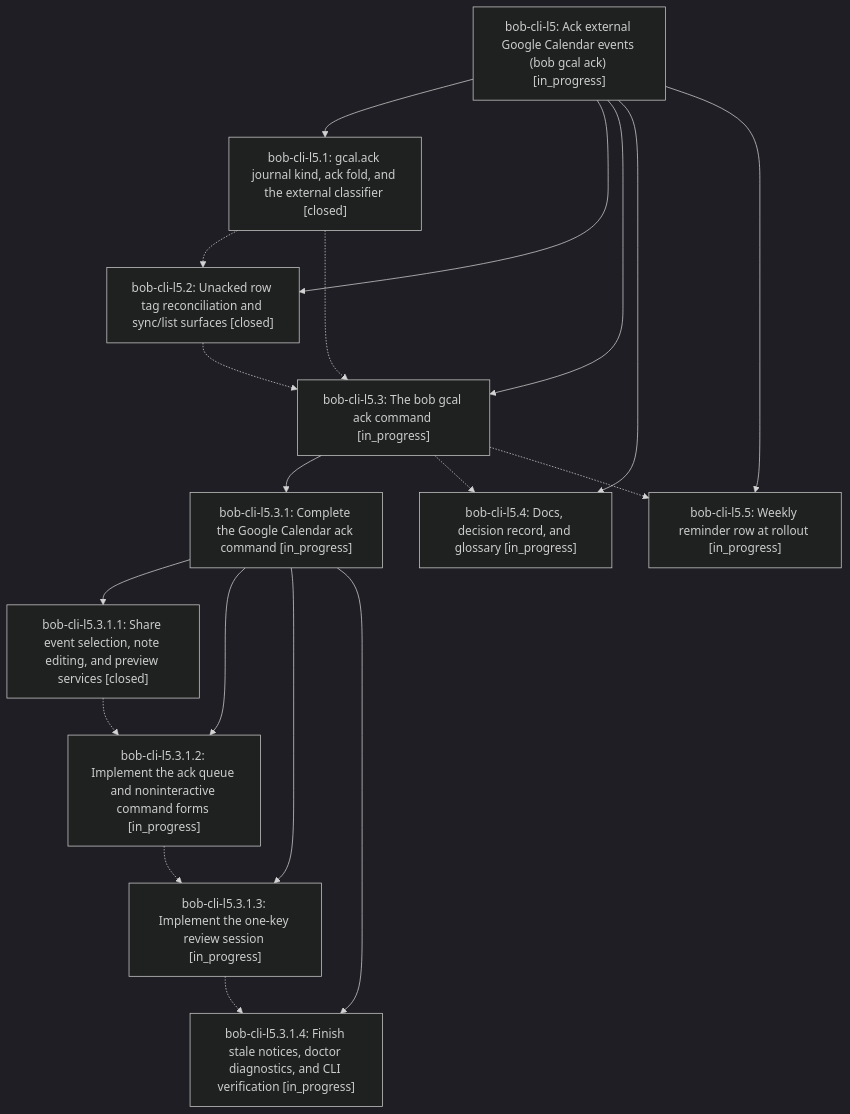
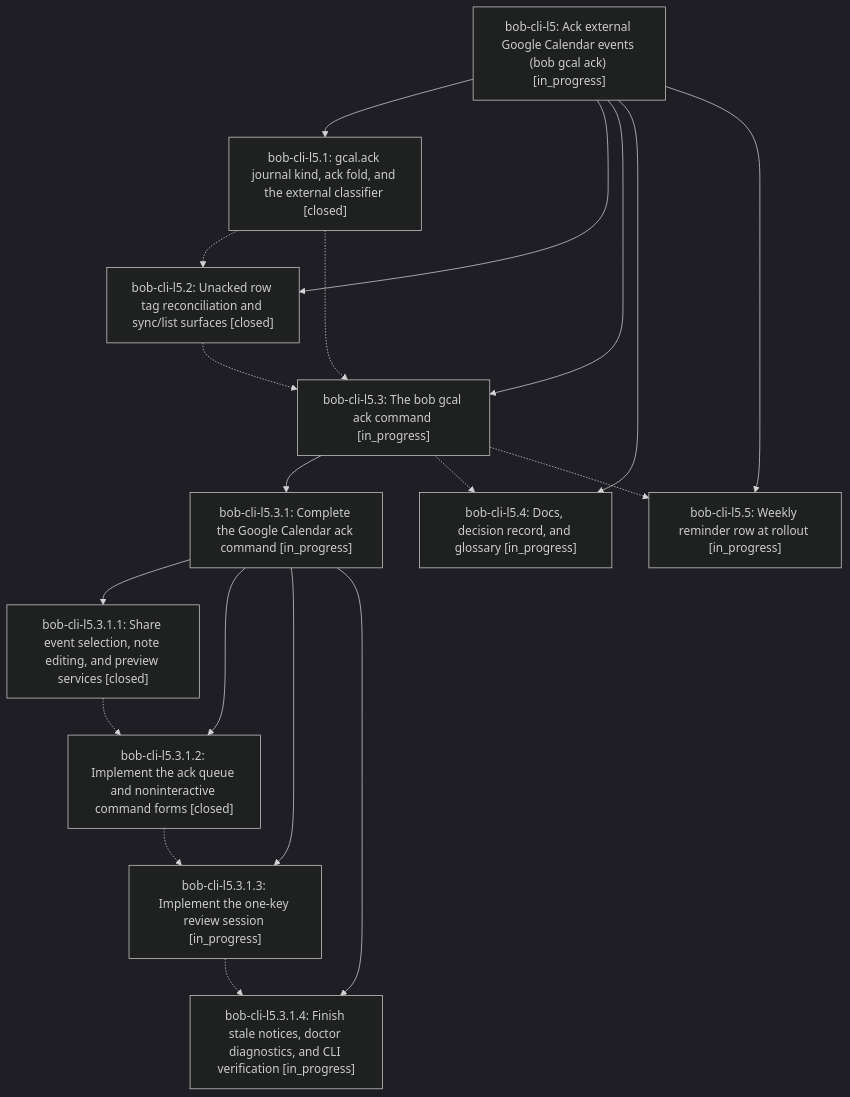
One commit to bobs-org/bob-cli--beads changed the diagram in pages/bob-cli-l5/README.md. Above: the diagram before and after it, drawn with Mermaid (dark theme). The commit also changed other lines of this file and 5 other files, not shown here.

First line of the commit message:
chore(beads): sync bead state and pages for bob-cli-l5

````diff
--- a/pages/bob-cli-l5/README.md
+++ b/pages/bob-cli-l5/README.md
@@ -38,32 +38,32 @@
 ```mermaid
 flowchart TD
     n0["bob-cli-l5: Ack external Google Calendar events (bob gcal ack) [in_progress]"]
     n1["bob-cli-l5.1: gcal.ack journal kind, ack fold, and the external classifier [closed]"]
     n2["bob-cli-l5.2: Unacked row tag reconciliation and sync/list surfaces [closed]"]
     n3["bob-cli-l5.3: The bob gcal ack command [in_progress]"]
     n4["bob-cli-l5.3.1: Complete the Google Calendar ack command [in_progress]"]
     n5["bob-cli-l5.3.1.1: Share event selection, note editing, and preview services [closed]"]
-    n6["bob-cli-l5.3.1.2: Implement the ack queue and noninteractive command forms [in_progress]"]
+    n6["bob-cli-l5.3.1.2: Implement the ack queue and noninteractive command forms [closed]"]
     n7["bob-cli-l5.3.1.3: Implement the one-key review session [in_progress]"]
     n8["bob-cli-l5.3.1.4: Finish stale notices, doctor diagnostics, and CLI verification [in_progress]"]
     n9["bob-cli-l5.4: Docs, decision record, and glossary [in_progress]"]
     n10["bob-cli-l5.5: Weekly reminder row at rollout [in_progress]"]
     n0 --> n1
     n0 --> n2
     n0 --> n3
     n3 --> n4
     n4 --> n5
     n4 --> n6
     n4 --> n7
     n4 --> n8
     n0 --> n9
     n0 --> n10
     n1 -.-> n2
     n1 -.-> n3
     n2 -.-> n3
     n3 -.-> n9
     n3 -.-> n10
     n5 -.-> n6
     n6 -.-> n7
     n7 -.-> n8
 ```
````
